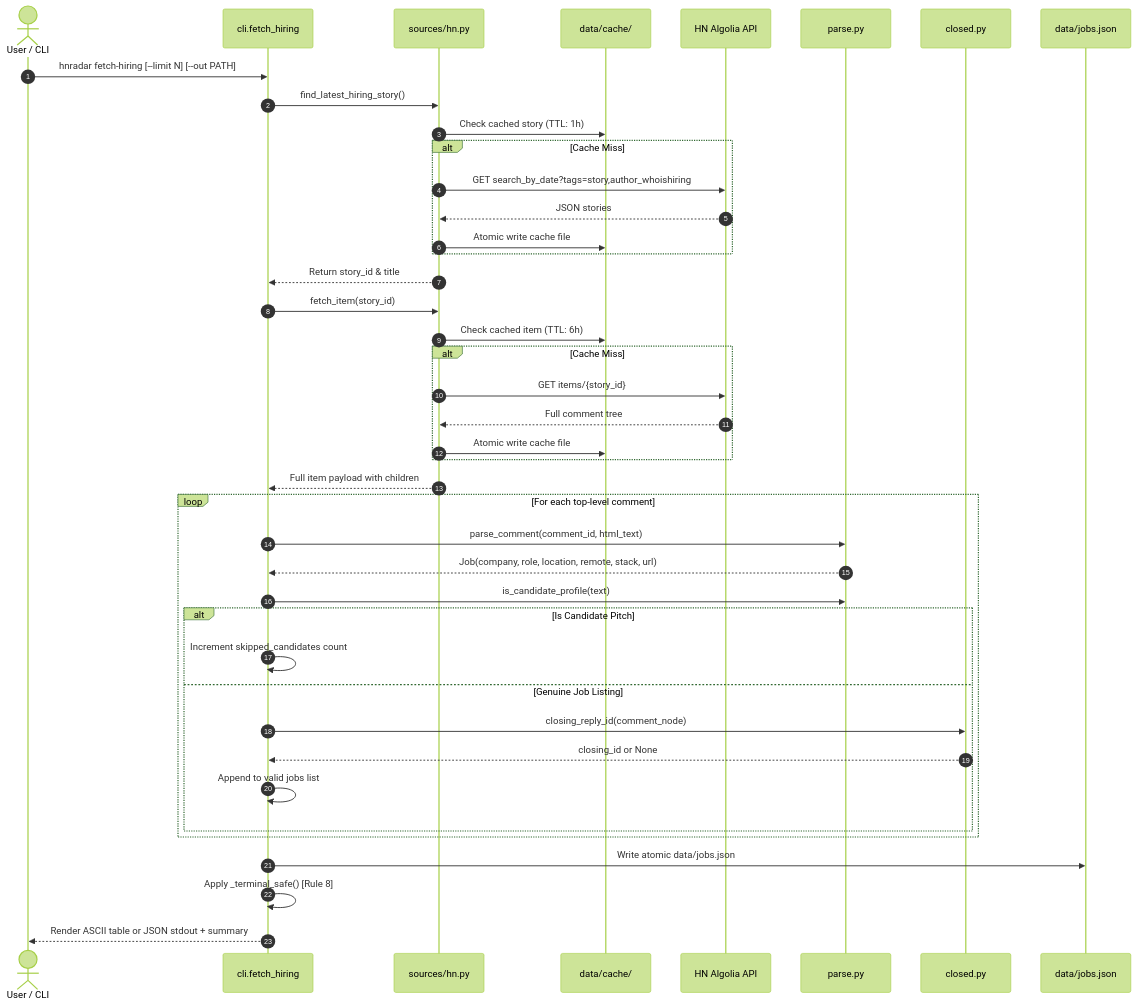
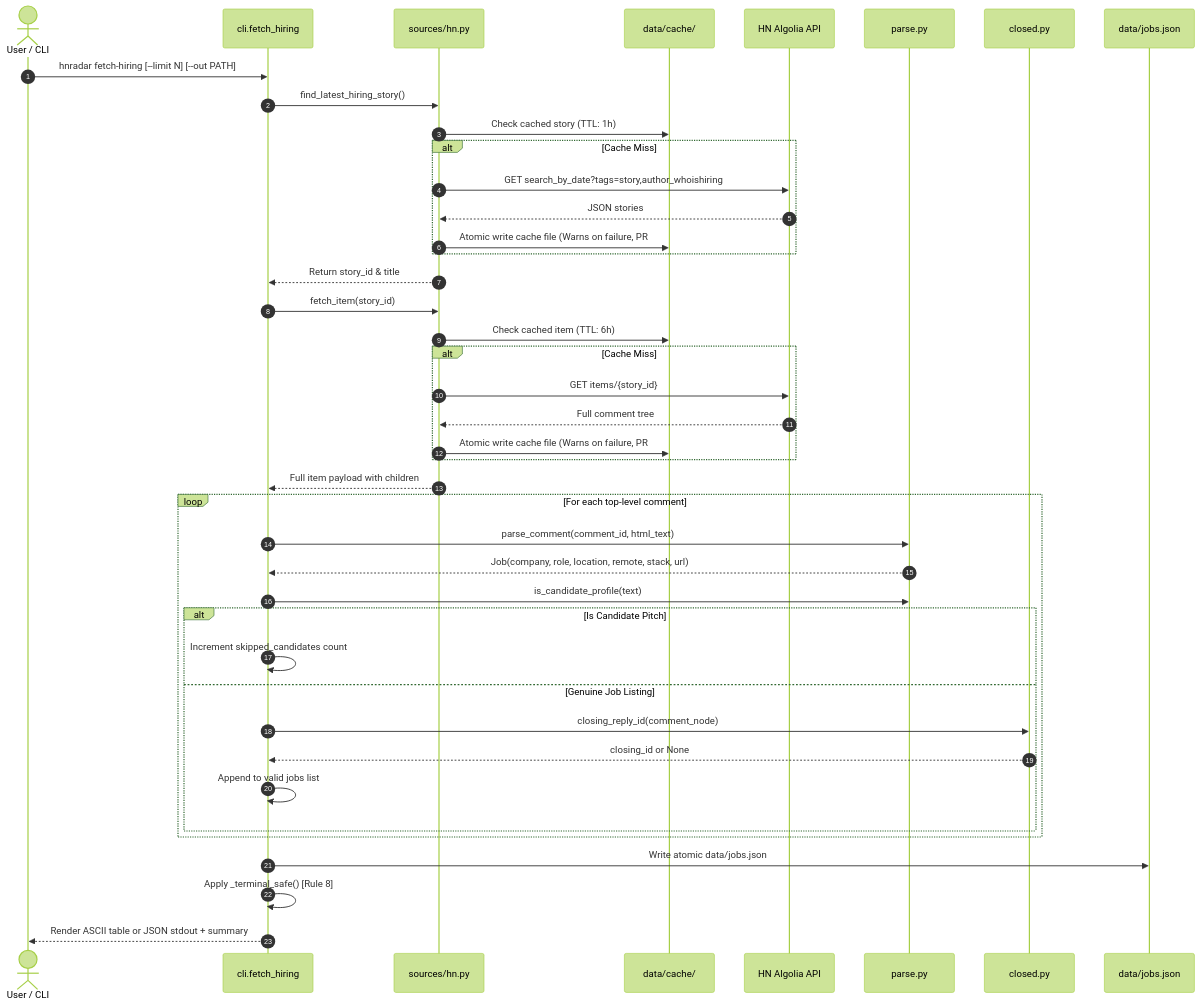
Before and after one commit to researchsite/ShelterWise: the second of 32 diagrams in hn_radar_architecture_diagram.md, drawn with Mermaid (forest theme). The commit also changed other lines of this file and 3 other files, not shown here.

Commit message:
docs: update architecture and user docs with PR #50, #51, #53 (draft command, platform domains, resilient cache)

````diff
--- a/hn_radar_architecture_diagram.md
+++ b/hn_radar_architecture_diagram.md
@@ -155,48 +173,48 @@
 ```mermaid
 sequenceDiagram
     autonumber
     actor User as User / CLI
     participant CLI as cli.fetch_hiring
     participant HN as sources/hn.py
     participant Cache as data/cache/
     participant Algolia as HN Algolia API
     participant Parse as parse.py
     participant Closed as closed.py
     participant Disk as data/jobs.json
 
     User->>CLI: hnradar fetch-hiring [--limit N] [--out PATH]
     CLI->>HN: find_latest_hiring_story()
     HN->>Cache: Check cached story (TTL: 1h)
     alt Cache Miss
         HN->>Algolia: GET search_by_date?tags=story,author_whoishiring
         Algolia-->>HN: JSON stories
-        HN->>Cache: Atomic write cache file
+        HN->>Cache: Atomic write cache file (Warns on failure, PR #53)
     end
     HN-->>CLI: Return story_id & title
 
     CLI->>HN: fetch_item(story_id)
     HN->>Cache: Check cached item (TTL: 6h)
     alt Cache Miss
         HN->>Algolia: GET items/{story_id}
         Algolia-->>HN: Full comment tree
-        HN->>Cache: Atomic write cache file
+        HN->>Cache: Atomic write cache file (Warns on failure, PR #53)
     end
     HN-->>CLI: Full item payload with children
 
     loop For each top-level comment
         CLI->>Parse: parse_comment(comment_id, html_text)
         Parse-->>CLI: Job(company, role, location, remote, stack, url)
         CLI->>Parse: is_candidate_profile(text)
         alt Is Candidate Pitch
             CLI->>CLI: Increment skipped_candidates count
         else Genuine Job Listing
             CLI->>Closed: closing_reply_id(comment_node)
             Closed-->>CLI: closing_id or None
             CLI->>CLI: Append to valid jobs list
         end
     end
 
     CLI->>Disk: Write atomic data/jobs.json
     CLI->>CLI: Apply _terminal_safe() [Rule 8]
     CLI-->>User: Render ASCII table or JSON stdout + summary
 ```
````
